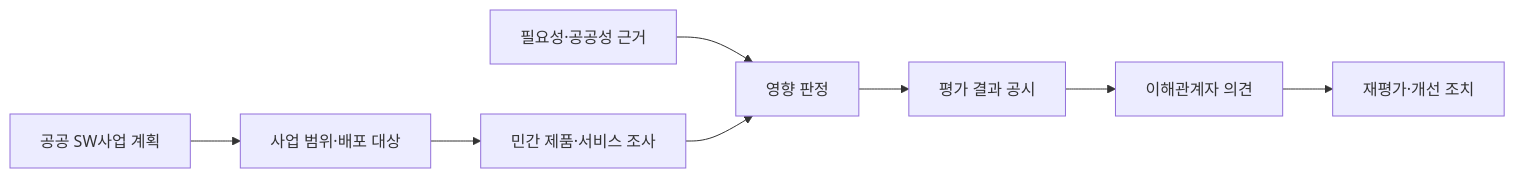
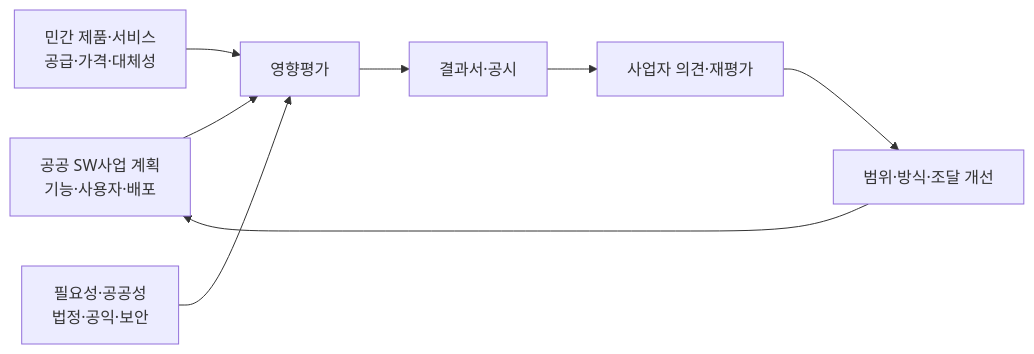
One commit to agnusdei1207/knowledge-base changed the first of 2 diagrams in src/content/docs/notes/03-software/192_sw_business_impact_assessment.md. Above: the diagram before and after it, drawn with Mermaid. The commit also changed other lines of this file and 12 other files, not shown here.

````diff
--- a/src/content/docs/notes/03-software/192_sw_business_impact_assessment.md
+++ b/src/content/docs/notes/03-software/192_sw_business_impact_assessment.md
@@ -50,10 +55,10 @@
 ```mermaid
 flowchart LR
-    P[공공 SW사업 계획] --> S[사업 범위·배포 대상]
-    S --> M[민간 제품·서비스 조사]
-    N[필요성·공공성 근거] --> J[영향 판정]
-    M --> J
-    J --> D[평가 결과 공시]
-    D --> O[이해관계자 의견]
-    O --> R[재평가·개선 조치]
+    P["공공 SW사업 계획<br/>기능·사용자·배포"] --> E["영향평가"]
+    M["민간 제품·서비스<br/>공급·가격·대체성"] --> E
+    N["필요성·공공성<br/>법정·공익·보안"] --> E
+    E --> D["결과서·공시"]
+    D --> O["사업자 의견·재평가"]
+    O --> R["범위·방식·조달 개선"]
+    R --> P
 ```
````
